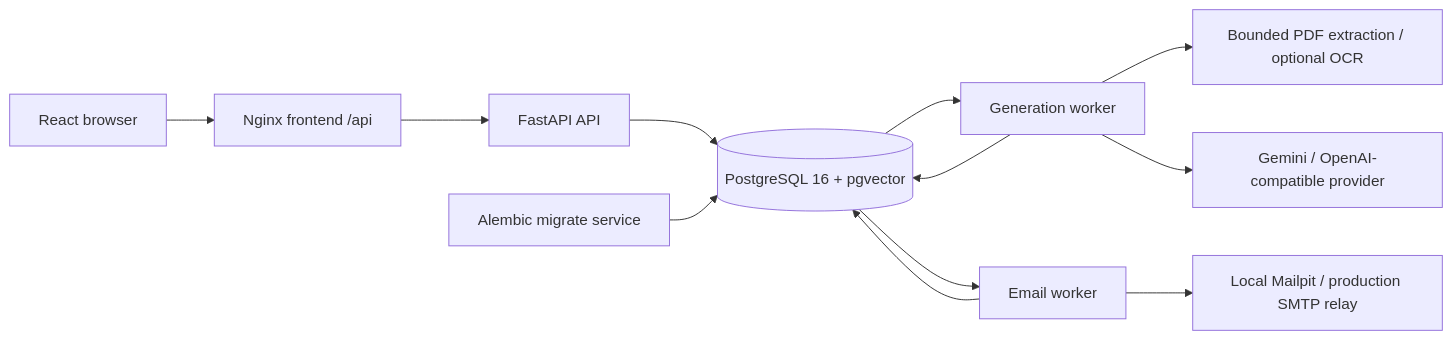
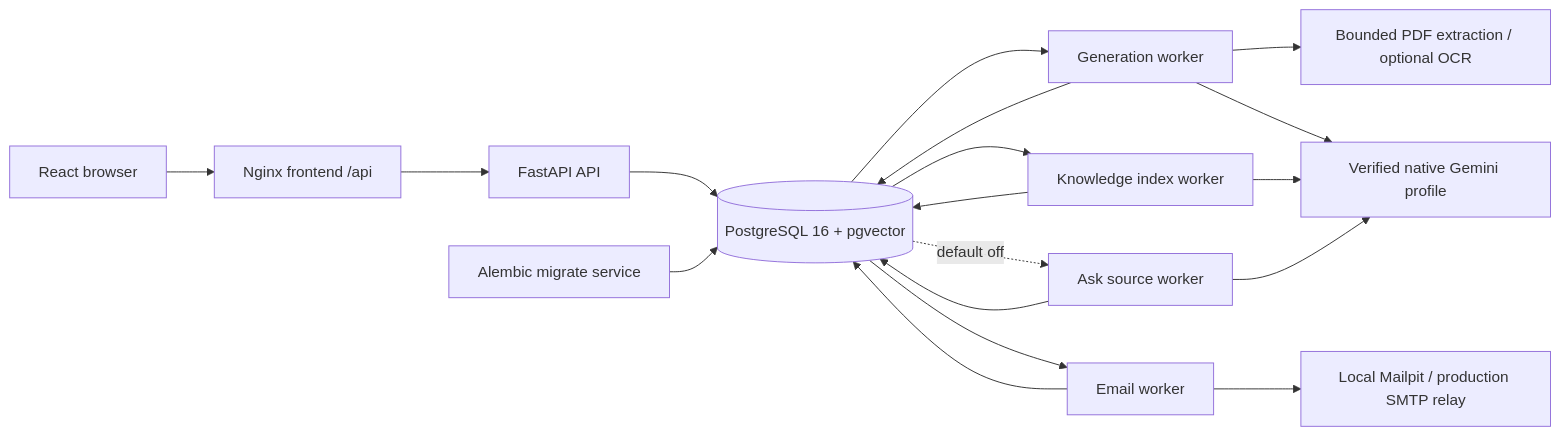
The diagram in docs/architecture/SYSTEM-OVERVIEW.md (EoCiMrEo/Cardchemy), drawn with Mermaid before and after one commit. The commit also changed other lines of this file and 986 other files, not shown here.

Commit message:
Complete product quality remediation and source-only Ask AI

````diff
--- a/docs/architecture/SYSTEM-OVERVIEW.md
+++ b/docs/architecture/SYSTEM-OVERVIEW.md
@@ -14,14 +84,20 @@
 ```mermaid
 flowchart LR
     Browser[React browser] --> Edge[Nginx frontend /api]
     Edge --> API[FastAPI API]
     API --> DB[(PostgreSQL 16 + pgvector)]
     Migrate[Alembic migrate service] --> DB
     DB --> Gen[Generation worker]
     Gen --> PDF[Bounded PDF extraction / optional OCR]
-    Gen --> Provider[Gemini / OpenAI-compatible provider]
+    Gen --> Provider[Verified native Gemini profile]
     Gen --> DB
+    DB --> Index[Knowledge index worker]
+    Index --> Provider
+    Index --> DB
+    DB -. default off .-> Ask[Ask source worker]
+    Ask --> Provider
+    Ask --> DB
     DB --> Email[Email worker]
     Email --> SMTP[Local Mailpit / production SMTP relay]
     Email --> DB
 ```
````
